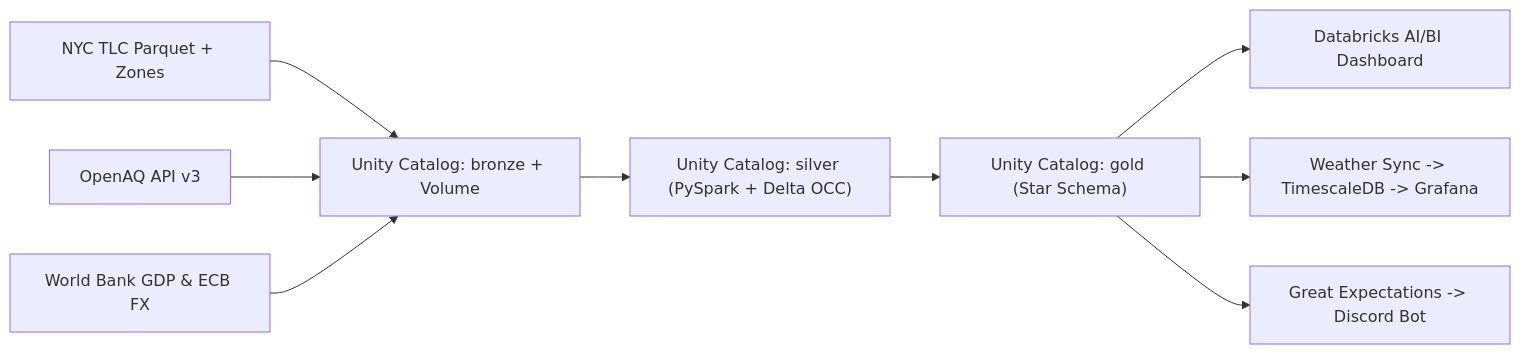
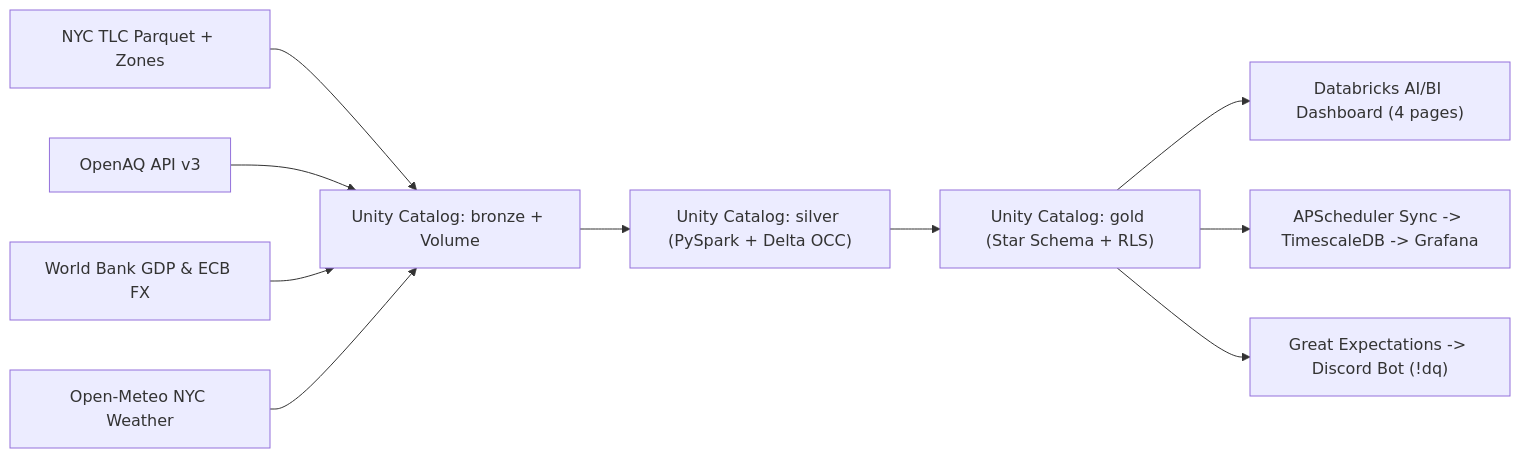
The diagram in README.md (AntekGol/databricks-nyc-analytics), drawn with Mermaid before and after one commit. The commit also changed other lines of this file and 5 other files, not shown here.

Commit message:
feat(dq): add Great Expectations suites, Discord bot trigger, and tests

````diff
--- a/README.md
+++ b/README.md
@@ -16,11 +16,13 @@
 ```mermaid
 flowchart LR
     TLC["NYC TLC Parquet + Zones"] --> BRONZE["Unity Catalog: bronze + Volume"]
     OAQ["OpenAQ API v3"] --> BRONZE
     ECON["World Bank GDP & ECB FX"] --> BRONZE
+    WEATHER["Open-Meteo NYC Weather"] --> BRONZE
+
     BRONZE --> SILVER["Unity Catalog: silver (PySpark + Delta OCC)"]
-    SILVER --> GOLD["Unity Catalog: gold (Star Schema)"]
-    GOLD --> DASH["Databricks AI/BI Dashboard"]
-    GOLD --> WSYNC["Weather Sync -> TimescaleDB -> Grafana"]
-    GOLD --> DQ["Great Expectations -> Discord Bot"]
+    SILVER --> GOLD["Unity Catalog: gold (Star Schema + RLS)"]
+    GOLD --> DASH["Databricks AI/BI Dashboard (4 pages)"]
+    GOLD --> WSYNC["APScheduler Sync -> TimescaleDB -> Grafana"]
+    GOLD --> DQ["Great Expectations -> Discord Bot (!dq)"]
 ```
````
